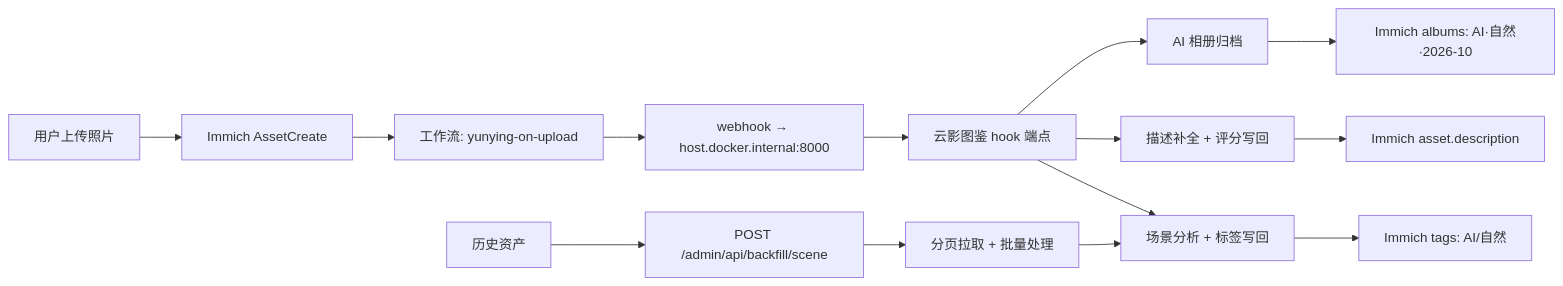
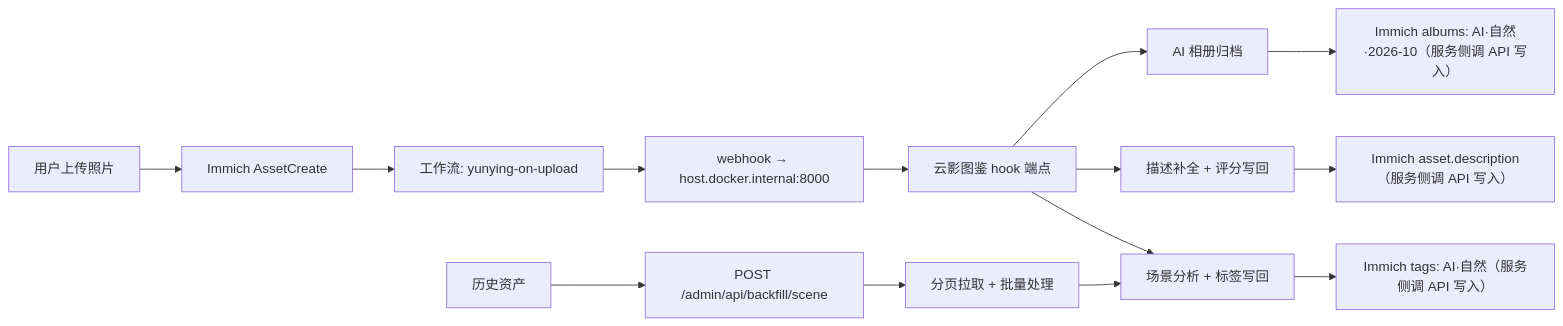
One commit to ayuanjc/ai-photo-gallery changed the diagram in README.md. Above: the diagram before and after it, drawn with Mermaid. The commit also changed other lines of this file and 2 other files, not shown here.

````diff
--- a/README.md
+++ b/README.md
@@ -490,17 +496,17 @@
 ```mermaid
 graph LR
     A[用户上传照片] --> B[Immich AssetCreate]
     B --> C[工作流: yunying-on-upload]
     C --> D[webhook → host.docker.internal:8000]
     D --> E[云影图鉴 hook 端点]
     E --> F[场景分析 + 标签写回]
     E --> G[描述补全 + 评分写回]
     E --> H[AI 相册归档]
-    F --> I[Immich tags: AI/自然]
-    G --> J[Immich asset.description]
-    H --> K[Immich albums: AI·自然·2026-10]
+    F --> I["Immich tags: AI·自然（服务侧调 API 写入）"]
+    G --> J["Immich asset.description（服务侧调 API 写入）"]
+    H --> K["Immich albums: AI·自然·2026-10（服务侧调 API 写入）"]
 
     L[历史资产] --> M[POST /admin/api/backfill/scene]
     M --> N[分页拉取 + 批量处理]
     N --> F
 ```
````
